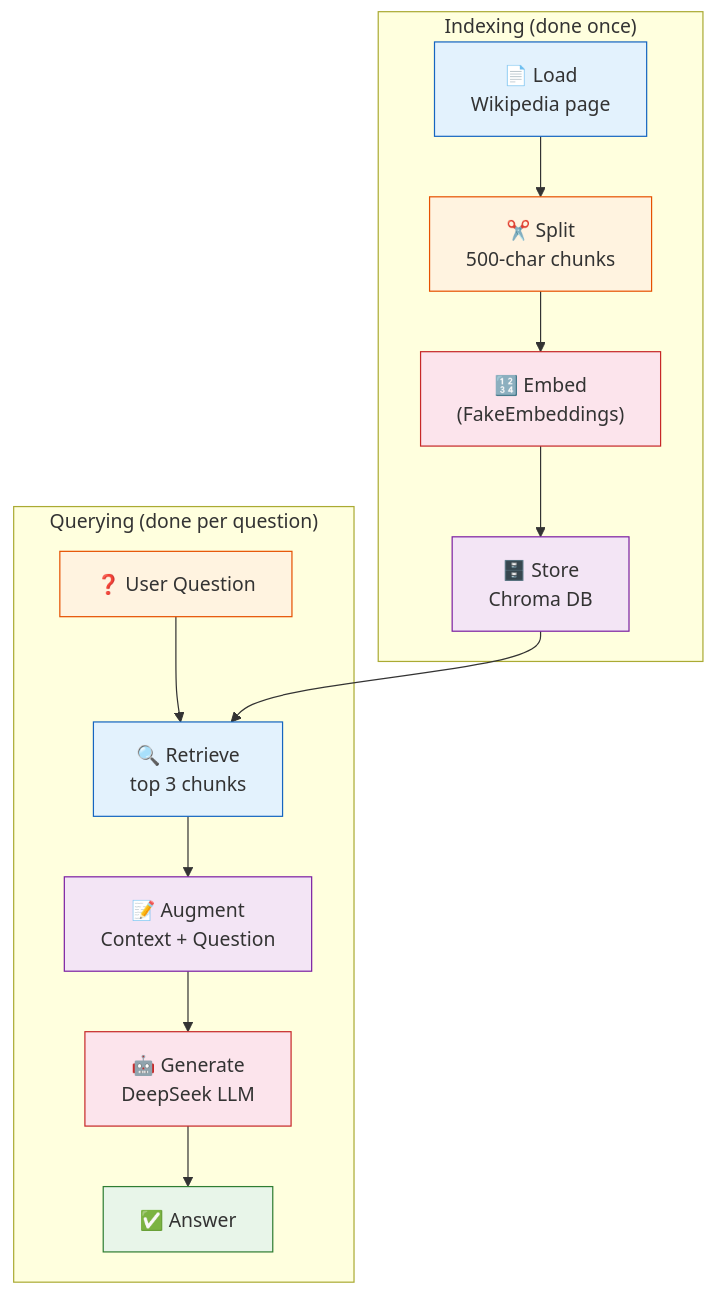
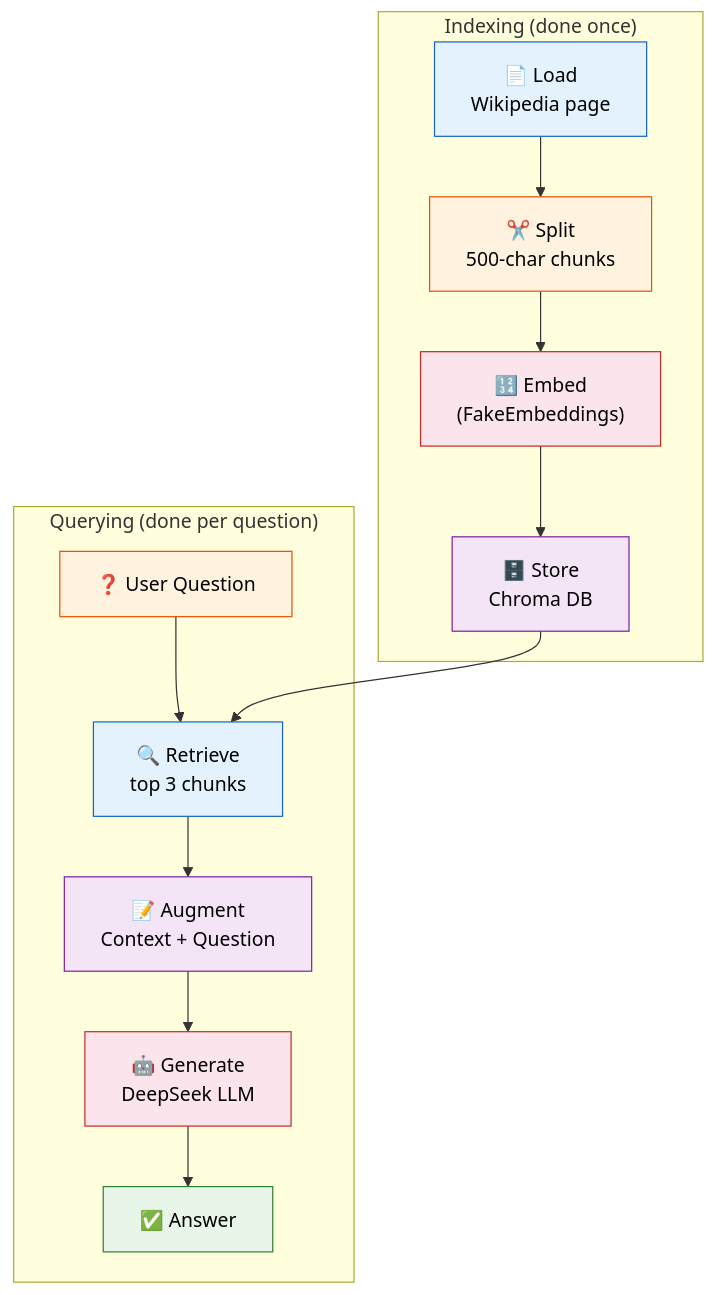
One commit to remolaan/Agentic-AI-Cookbook changed the first of 2 diagrams in 10_rag/README.md. Above: the diagram before and after it, drawn with Mermaid. The commit also changed other lines of this file and 45 other files, not shown here.

Commit message:
Fix Mermaid diagram text colors for readability across all READMEs

````diff
--- a/10_rag/README.md
+++ b/10_rag/README.md
@@ -13,26 +13,26 @@
 ```mermaid
 flowchart TB
     subgraph "Indexing (done once)"
         L["📄 Load<br/>Wikipedia page"] --> S["✂️ Split<br/>500-char chunks"]
         S --> E["🔢 Embed<br/>(FakeEmbeddings)"]
         E --> ST["🗄️ Store<br/>Chroma DB"]
     end
     
     subgraph "Querying (done per question)"
         Q["❓ User Question"] --> R["🔍 Retrieve<br/>top 3 chunks"]
         ST --> R
         R --> A["📝 Augment<br/>Context + Question"]
         A --> G["🤖 Generate<br/>DeepSeek LLM"]
         G --> ANS["✅ Answer"]
     end
     
-    style L fill:#e3f2fd,stroke:#1565c0
-    style S fill:#fff3e0,stroke:#e65100
-    style E fill:#fce4ec,stroke:#c62828
-    style ST fill:#f3e5f5,stroke:#7b1fa2
-    style Q fill:#fff3e0,stroke:#e65100
-    style R fill:#e3f2fd,stroke:#1565c0
-    style A fill:#f3e5f5,stroke:#7b1fa2
-    style G fill:#fce4ec,stroke:#c62828
-    style ANS fill:#e8f5e9,stroke:#2e7d32
+    style L fill:#e3f2fd,stroke:#1565c0,color:#000000
+    style S fill:#fff3e0,stroke:#e65100,color:#000000
+    style E fill:#fce4ec,stroke:#c62828,color:#000000
+    style ST fill:#f3e5f5,stroke:#7b1fa2,color:#000000
+    style Q fill:#fff3e0,stroke:#e65100,color:#000000
+    style R fill:#e3f2fd,stroke:#1565c0,color:#000000
+    style A fill:#f3e5f5,stroke:#7b1fa2,color:#000000
+    style G fill:#fce4ec,stroke:#c62828,color:#000000
+    style ANS fill:#e8f5e9,stroke:#2e7d32,color:#000000
 ```
````
